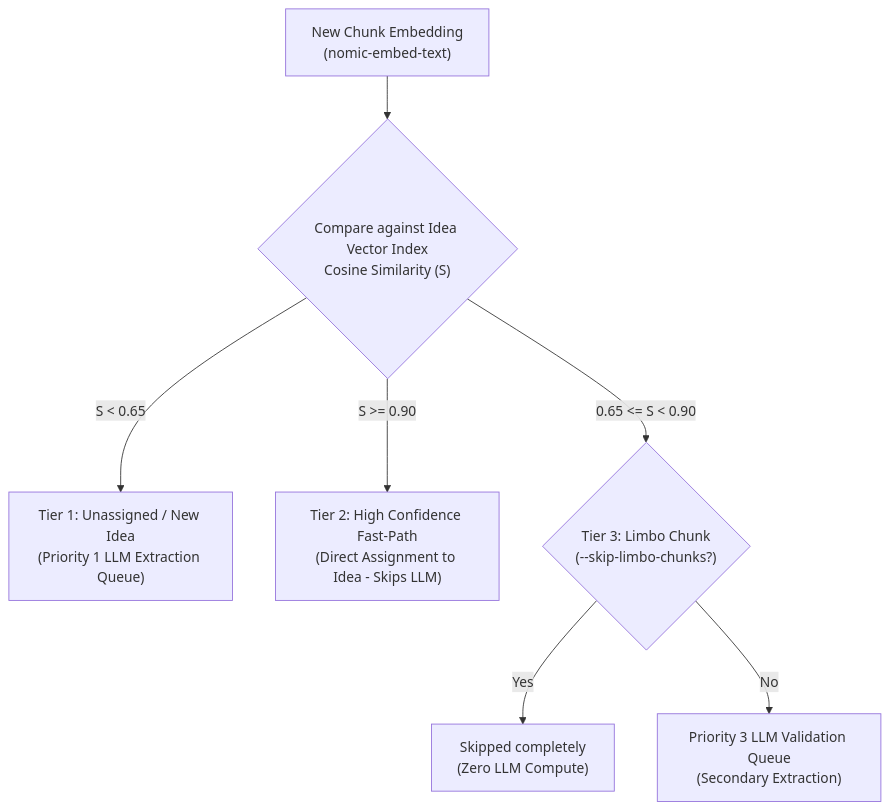
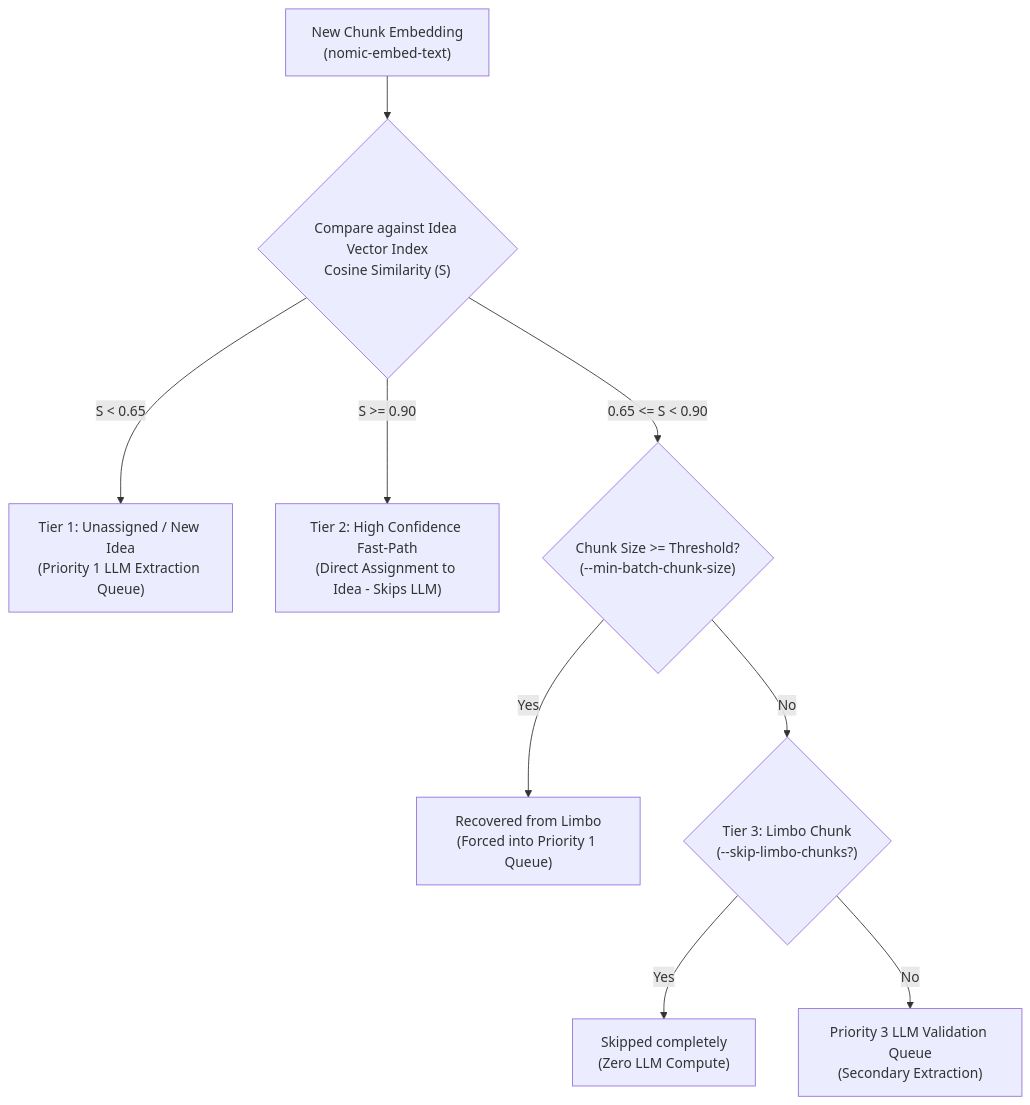
One commit to Sergsw74/bookeeper changed the second of 2 diagrams in docs/building-graph.md. Above: the diagram before and after it, drawn with Mermaid. The commit also changed other lines of this file and 8 other files, not shown here.

Commit message:
feat(routing): add batch chunk size threshold settings to recover limbo chunks into processing queue

````diff
--- a/docs/building-graph.md
+++ b/docs/building-graph.md
@@ -96,9 +96,11 @@
 ```mermaid
 flowchart TD
     Chunk["New Chunk Embedding\n(nomic-embed-text)"] --> SimCheck{"Compare against Idea Vector Index\nCosine Similarity (S)"}
     SimCheck -->|S < 0.65| P1["Tier 1: Unassigned / New Idea\n(Priority 1 LLM Extraction Queue)"]
     SimCheck -->|S >= 0.90| P2["Tier 2: High Confidence Fast-Path\n(Direct Assignment to Idea - Skips LLM)"]
-    SimCheck -->|0.65 <= S < 0.90| P3{"Tier 3: Limbo Chunk\n(--skip-limbo-chunks?)"}
+    SimCheck -->|0.65 <= S < 0.90| SizeCheck{"Chunk Size >= Threshold?\n(--min-batch-chunk-size)"}
+    SizeCheck -->|Yes| P1Recov["Recovered from Limbo\n(Forced into Priority 1 Queue)"]
+    SizeCheck -->|No| P3{"Tier 3: Limbo Chunk\n(--skip-limbo-chunks?)"}
     P3 -->|Yes| P3Skip["Skipped completely\n(Zero LLM Compute)"]
     P3 -->|No| P3LLM["Priority 3 LLM Validation Queue\n(Secondary Extraction)"]
 ```
````
